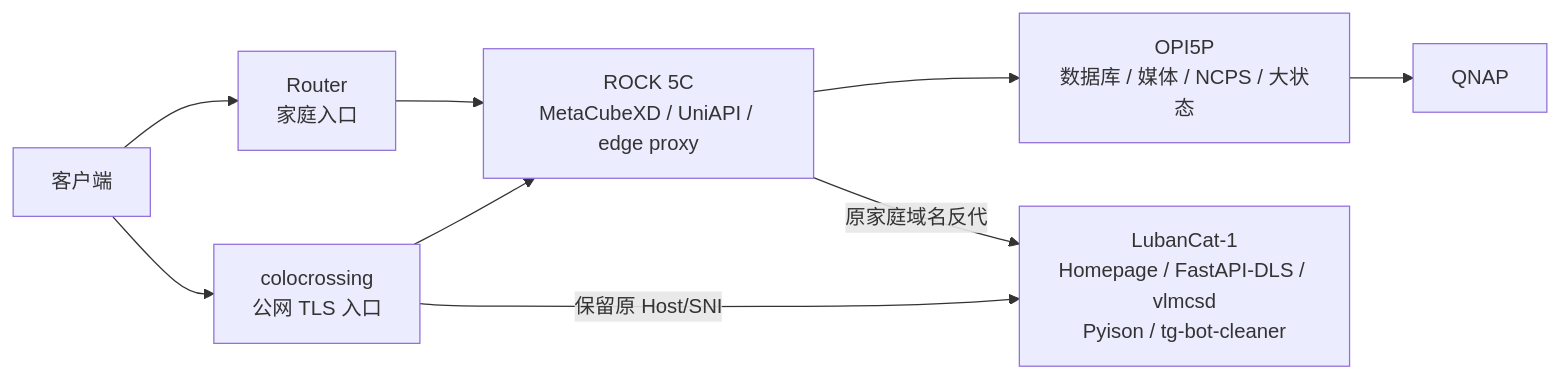
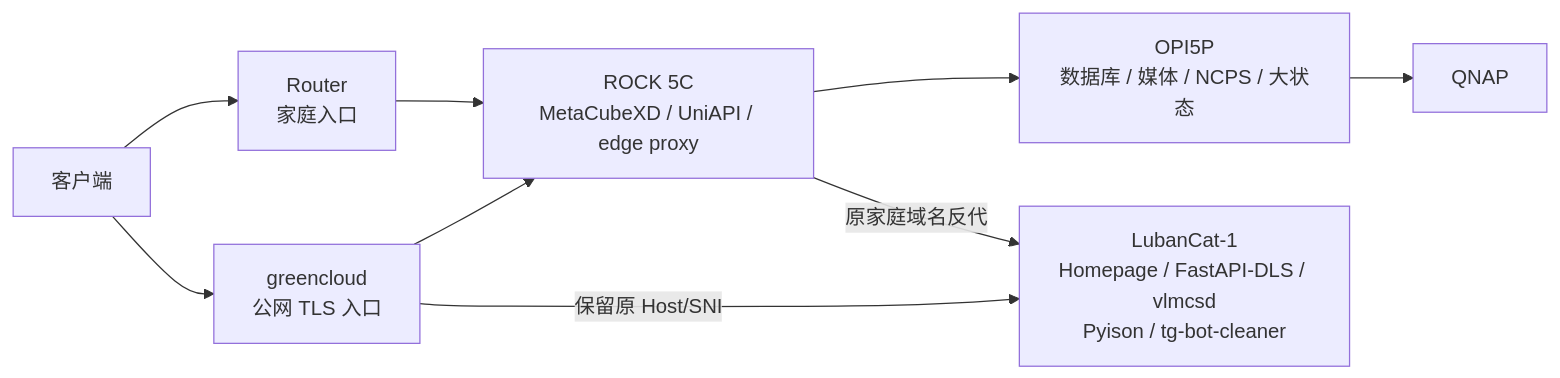
The second of 2 diagrams in docs/infrastructure/service-chain-lubancat-audit.md (zhyiheihei/nixos-config), drawn with Mermaid before and after one commit. The commit also changed other lines of this file and 76 other files, not shown here.

First line of the commit message:
refactor(hosts): rename colocrossing to greencloud (provider name)

````diff
--- a/docs/infrastructure/service-chain-lubancat-audit.md
+++ b/docs/infrastructure/service-chain-lubancat-audit.md
@@ -123,13 +123,13 @@
 ```mermaid
 flowchart LR
-  Client["客户端"] --> Colo["colocrossing\n公网 TLS 入口"]
+  Client["客户端"] --> Colo["greencloud\n公网 TLS 入口"]
   Client --> Router["Router\n家庭入口"]
 
   Colo --> Rock["ROCK 5C\nMetaCubeXD / UniAPI / edge proxy"]
   Router --> Rock
   Rock --> OPI["OPI5P\n数据库 / 媒体 / NCPS / 大状态"]
   OPI --> QNAP["QNAP"]
 
   Colo -->|"保留原 Host/SNI"| Luban["LubanCat-1\nHomepage / FastAPI-DLS / vlmcsd\nPyison / tg-bot-cleaner"]
   Rock -->|"原家庭域名反代"| Luban
 ```
````
